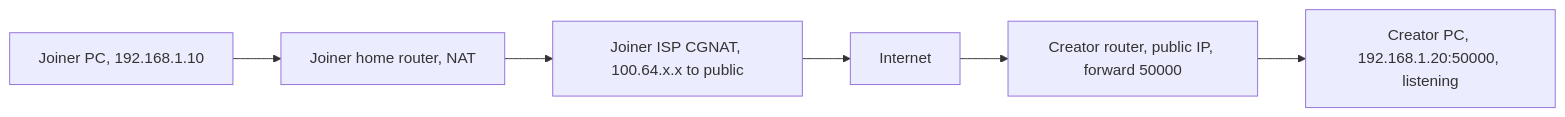
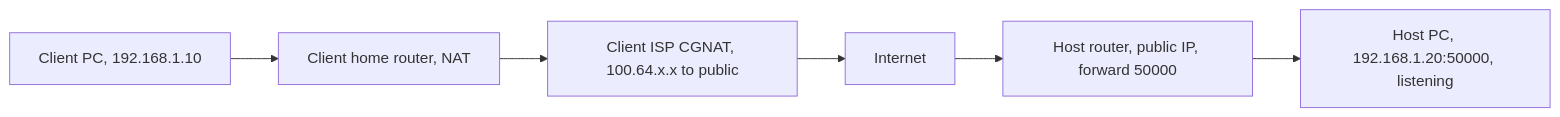
One commit to mohakps/riptide changed the eighth of 8 diagrams in docs/architecture.md. Above: the diagram before and after it, drawn with Mermaid. The commit also changed other lines of this file and 37 other files, not shown here.

````diff
--- a/docs/architecture.md
+++ b/docs/architecture.md
@@ -264,8 +263,8 @@
 ```mermaid
 flowchart LR
-    JP["Joiner PC, 192.168.1.10"] --> JR["Joiner home router, NAT"]
-    JR --> JC["Joiner ISP CGNAT, 100.64.x.x to public"]
+    JP["Client PC, 192.168.1.10"] --> JR["Client home router, NAT"]
+    JR --> JC["Client ISP CGNAT, 100.64.x.x to public"]
     JC --> NET["Internet"]
-    NET --> CR["Creator router, public IP, forward 50000"]
-    CR --> CP["Creator PC, 192.168.1.20:50000, listening"]
+    NET --> CR["Host router, public IP, forward 50000"]
+    CR --> CP["Host PC, 192.168.1.20:50000, listening"]
 ```
````
